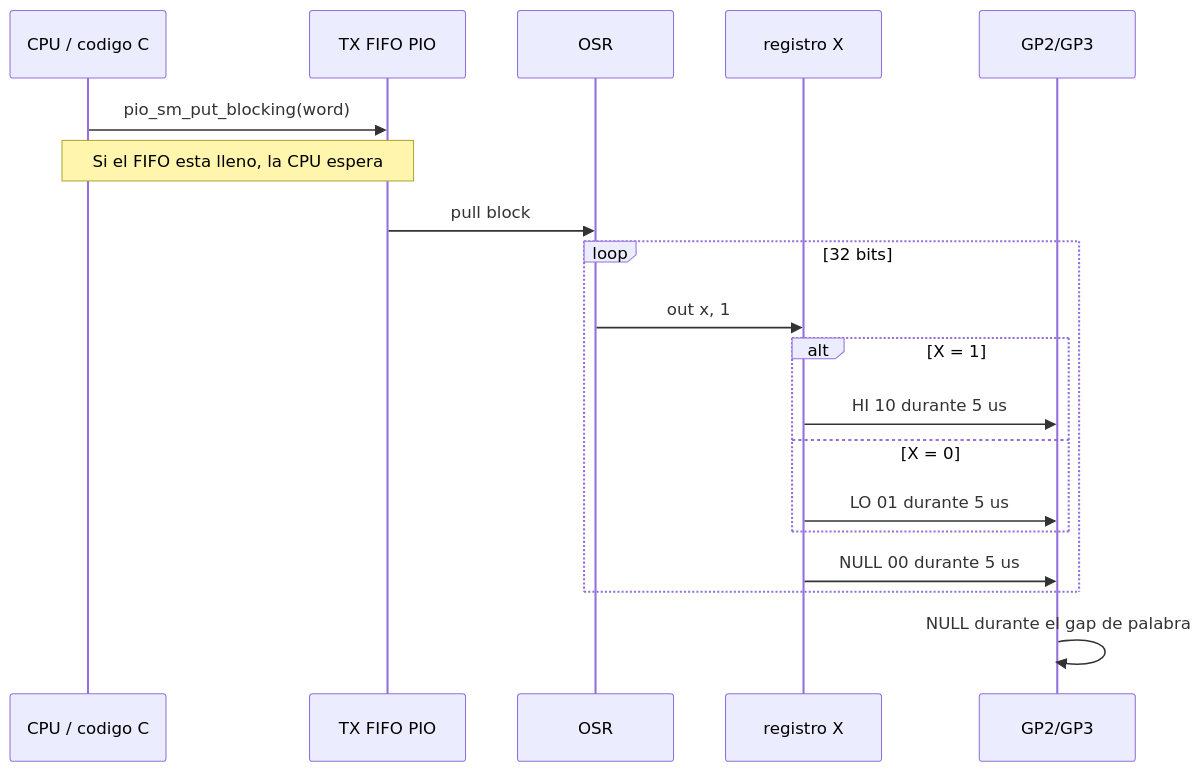
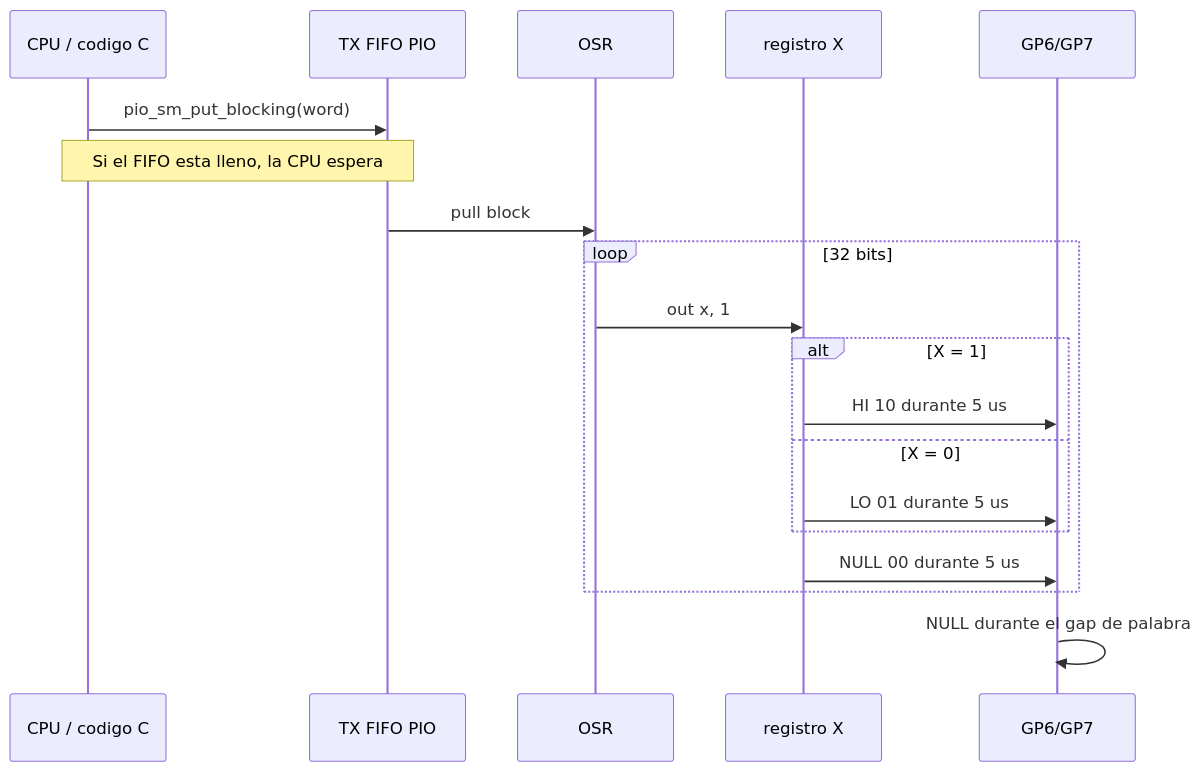
Before and after one commit to matiasdiazbenini/ARINC_SPI: the third of 5 diagrams in docs/diagramas_bloques/01_arinc_tx.md, drawn with Mermaid. The commit also changed other lines of this file and 27 other files, not shown here.

````diff
--- a/docs/diagramas_bloques/01_arinc_tx.md
+++ b/docs/diagramas_bloques/01_arinc_tx.md
@@ -109,22 +107,22 @@
 ```mermaid
 sequenceDiagram
     participant C as CPU / codigo C
     participant F as TX FIFO PIO
     participant O as OSR
     participant X as registro X
-    participant P as GP2/GP3
+    participant P as GP6/GP7
 
     C->>F: pio_sm_put_blocking(word)
     Note over C,F: Si el FIFO esta lleno, la CPU espera
     F->>O: pull block
     loop 32 bits
         O->>X: out x, 1
         alt X = 1
             X->>P: HI 10 durante 5 us
         else X = 0
             X->>P: LO 01 durante 5 us
         end
         X->>P: NULL 00 durante 5 us
     end
     P->>P: NULL durante el gap de palabra
 ```
````
